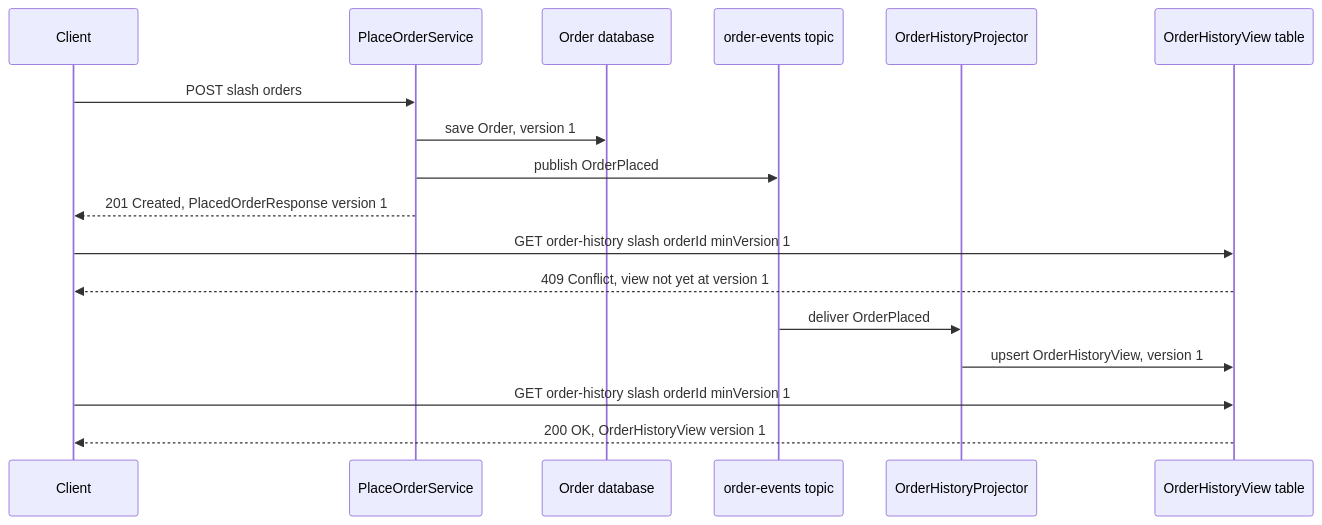
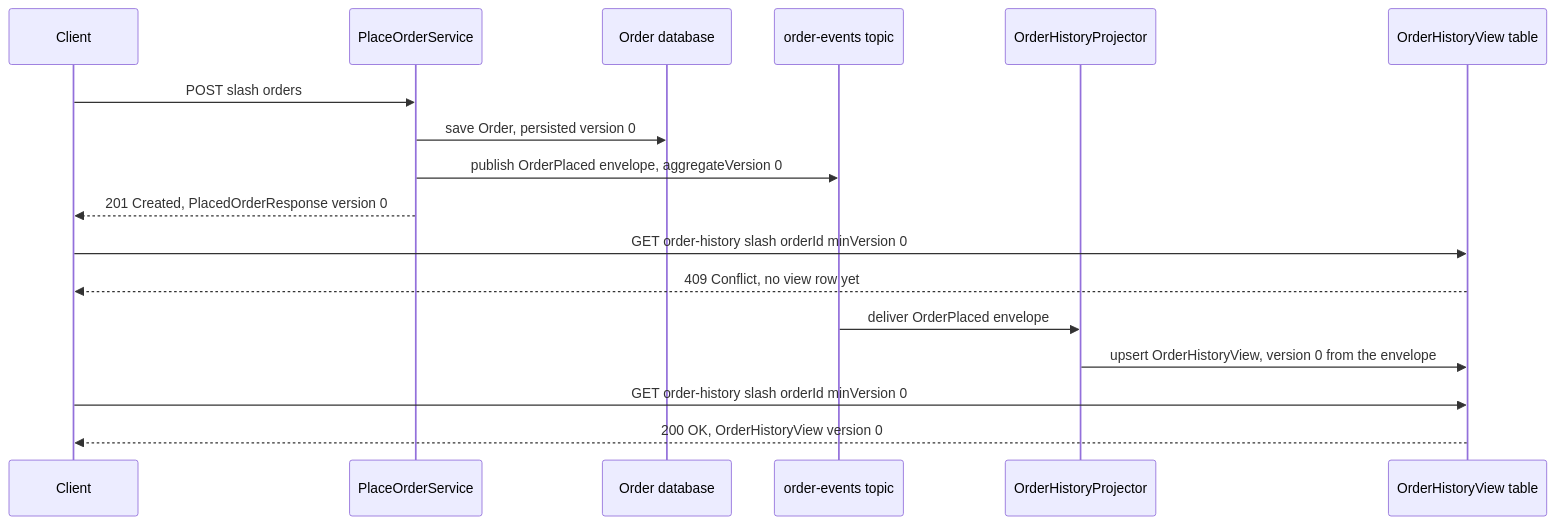
Before and after one commit to albertoirurueta/docs: the diagram in modules/ROOT/pages/backend/architectural-patterns/cqrs.adoc, drawn with Mermaid. The commit also changed other lines of this file and 14 other files, not shown here.

```diff
--- a/modules/ROOT/pages/backend/architectural-patterns/cqrs.adoc
+++ b/modules/ROOT/pages/backend/architectural-patterns/cqrs.adoc
@@ -356,20 +364,20 @@
 [mermaid]
 ....
 sequenceDiagram
     participant Client
     participant Service as PlaceOrderService
     participant Order as Order database
     participant Broker as order-events topic
     participant Projector as OrderHistoryProjector
     participant View as OrderHistoryView table
     Client->>Service: POST slash orders
-    Service->>Order: save Order, version 1
-    Service->>Broker: publish OrderPlaced
-    Service-->>Client: 201 Created, PlacedOrderResponse version 1
-    Client->>View: GET order-history slash orderId minVersion 1
-    View-->>Client: 409 Conflict, view not yet at version 1
-    Broker->>Projector: deliver OrderPlaced
-    Projector->>View: upsert OrderHistoryView, version 1
-    Client->>View: GET order-history slash orderId minVersion 1
-    View-->>Client: 200 OK, OrderHistoryView version 1
+    Service->>Order: save Order, persisted version 0
+    Service->>Broker: publish OrderPlaced envelope, aggregateVersion 0
+    Service-->>Client: 201 Created, PlacedOrderResponse version 0
+    Client->>View: GET order-history slash orderId minVersion 0
+    View-->>Client: 409 Conflict, no view row yet
+    Broker->>Projector: deliver OrderPlaced envelope
+    Projector->>View: upsert OrderHistoryView, version 0 from the envelope
+    Client->>View: GET order-history slash orderId minVersion 0
+    View-->>Client: 200 OK, OrderHistoryView version 0
 ....
```
